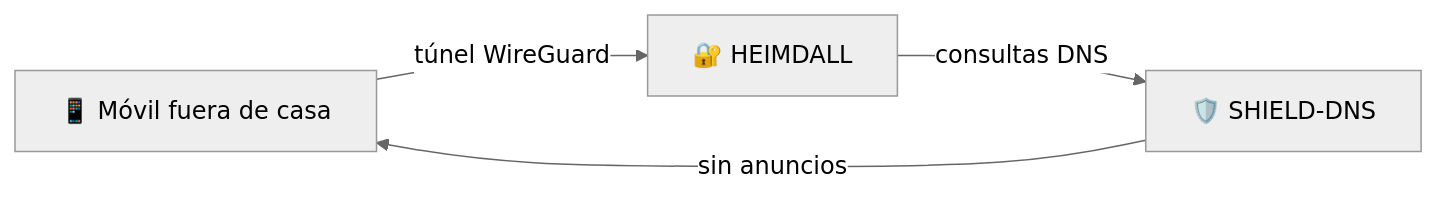
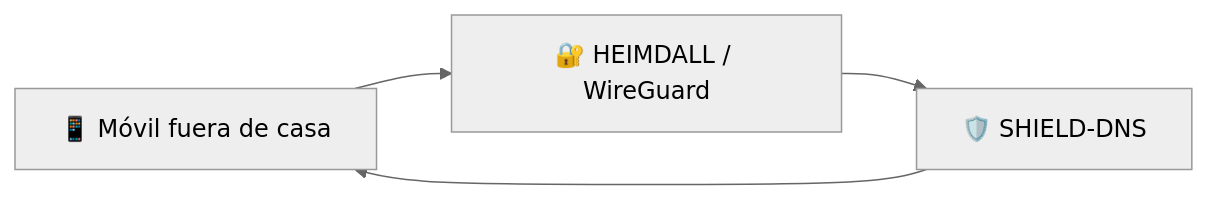
One commit to BertMarti/SHIELD-DNS changed the second of 2 diagrams in README.md. Above: the diagram before and after it, drawn with Mermaid (neutral theme). The commit also changed other lines of this file and 5 other files, not shown here.

````diff
--- a/README.md
+++ b/README.md
@@ -304,6 +233,6 @@
 ```mermaid
 flowchart LR
-    M["📱 Móvil fuera de casa"] -- "túnel WireGuard" --> H["🔐 HEIMDALL"]
-    H -- "consultas DNS" --> S["🛡️ SHIELD-DNS"]
-    S -- "sin anuncios" --> M
+    M["📱 Móvil fuera de casa"] --> H["🔐 HEIMDALL / WireGuard"]
+    H --> S["🛡️ SHIELD-DNS"]
+    S --> M
 ```
````
